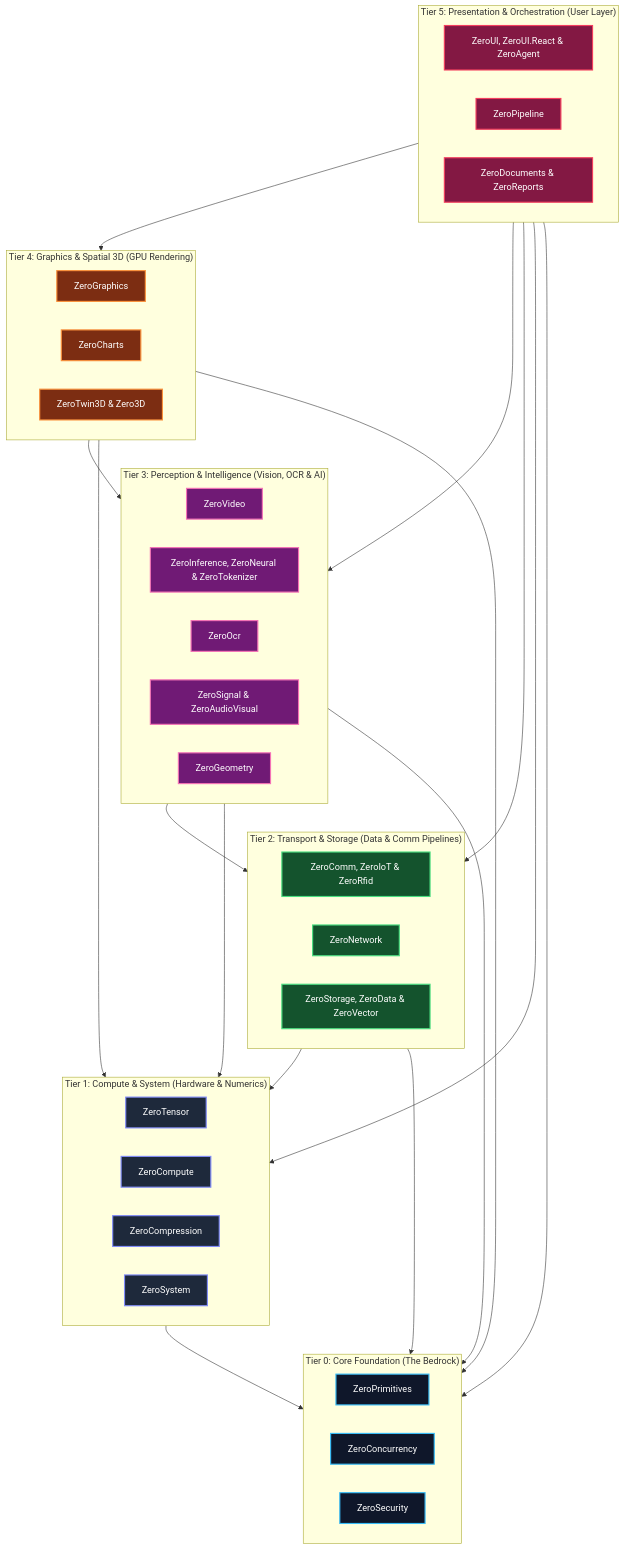
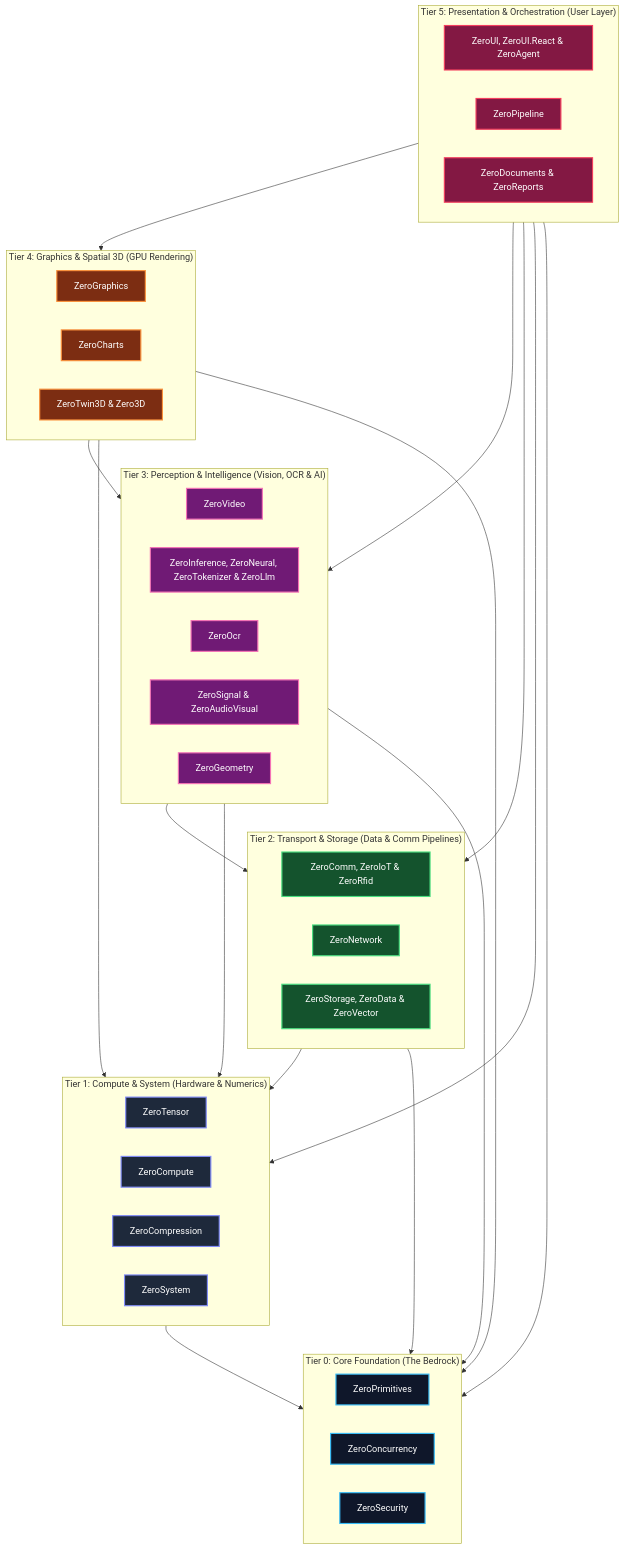
One commit to kzxl/ZeroPlatform changed the diagram in README.md. Above: the diagram before and after it, drawn with Mermaid. The commit also changed other lines of this file and 6 other files, not shown here.

Commit message:
feat(orchestrator): integrate ZeroLlm (Tier 3) sovereign SLM runtime into ecosystem

````diff
--- a/README.md
+++ b/README.md
@@ -17,54 +17,54 @@
 ```mermaid
 graph TD
     classDef l0 fill:#0f172a,stroke:#38bdf8,stroke-width:2px,color:#fff;
     classDef l1 fill:#1e293b,stroke:#818cf8,stroke-width:2px,color:#fff;
     classDef l2 fill:#14532d,stroke:#4ade80,stroke-width:2px,color:#fff;
     classDef l3 fill:#701a75,stroke:#f472b6,stroke-width:2px,color:#fff;
     classDef l4 fill:#7c2d12,stroke:#fb923c,stroke-width:2px,color:#fff;
     classDef l5 fill:#831843,stroke:#f43f5e,stroke-width:2px,color:#fff;
 
     subgraph L5 ["Tier 5: Presentation & Orchestration (User Layer)"]
         UI["ZeroUI, ZeroUI.React & ZeroAgent"]:::l5
         Pipe["ZeroPipeline"]:::l5
         Docs["ZeroDocuments & ZeroReports"]:::l5
     end
 
     subgraph L4 ["Tier 4: Graphics & Spatial 3D (GPU Rendering)"]
         Gfx["ZeroGraphics"]:::l4
         Charts["ZeroCharts"]:::l4
         Twin["ZeroTwin3D & Zero3D"]:::l4
     end
 
     subgraph L3 ["Tier 3: Perception & Intelligence (Vision, OCR & AI)"]
         Video["ZeroVideo"]:::l3
-        Infer["ZeroInference, ZeroNeural & ZeroTokenizer"]:::l3
+        Infer["ZeroInference, ZeroNeural, ZeroTokenizer & ZeroLlm"]:::l3
         Ocr["ZeroOcr"]:::l3
         Sig["ZeroSignal & ZeroAudioVisual"]:::l3
         Geom["ZeroGeometry"]:::l3
     end
 
     subgraph L2 ["Tier 2: Transport & Storage (Data & Comm Pipelines)"]
         Comm["ZeroComm, ZeroIoT & ZeroRfid"]:::l2
         Net["ZeroNetwork"]:::l2
         Store["ZeroStorage, ZeroData & ZeroVector"]:::l2
     end
 
     subgraph L1 ["Tier 1: Compute & System (Hardware & Numerics)"]
         Tensor["ZeroTensor"]:::l1
         Comp["ZeroCompute"]:::l1
         Compres["ZeroCompression"]:::l1
         Sys["ZeroSystem"]:::l1
     end
 
     subgraph L0 ["Tier 0: Core Foundation (The Bedrock)"]
         Prim["ZeroPrimitives"]:::l0
         Conc["ZeroConcurrency"]:::l0
         Sec["ZeroSecurity"]:::l0
     end
 
     L5 --> L4 & L3 & L2 & L1 & L0
     L4 --> L3 & L1 & L0
     L3 --> L2 & L1 & L0
     L2 --> L1 & L0
     L1 --> L0
 ```
````
